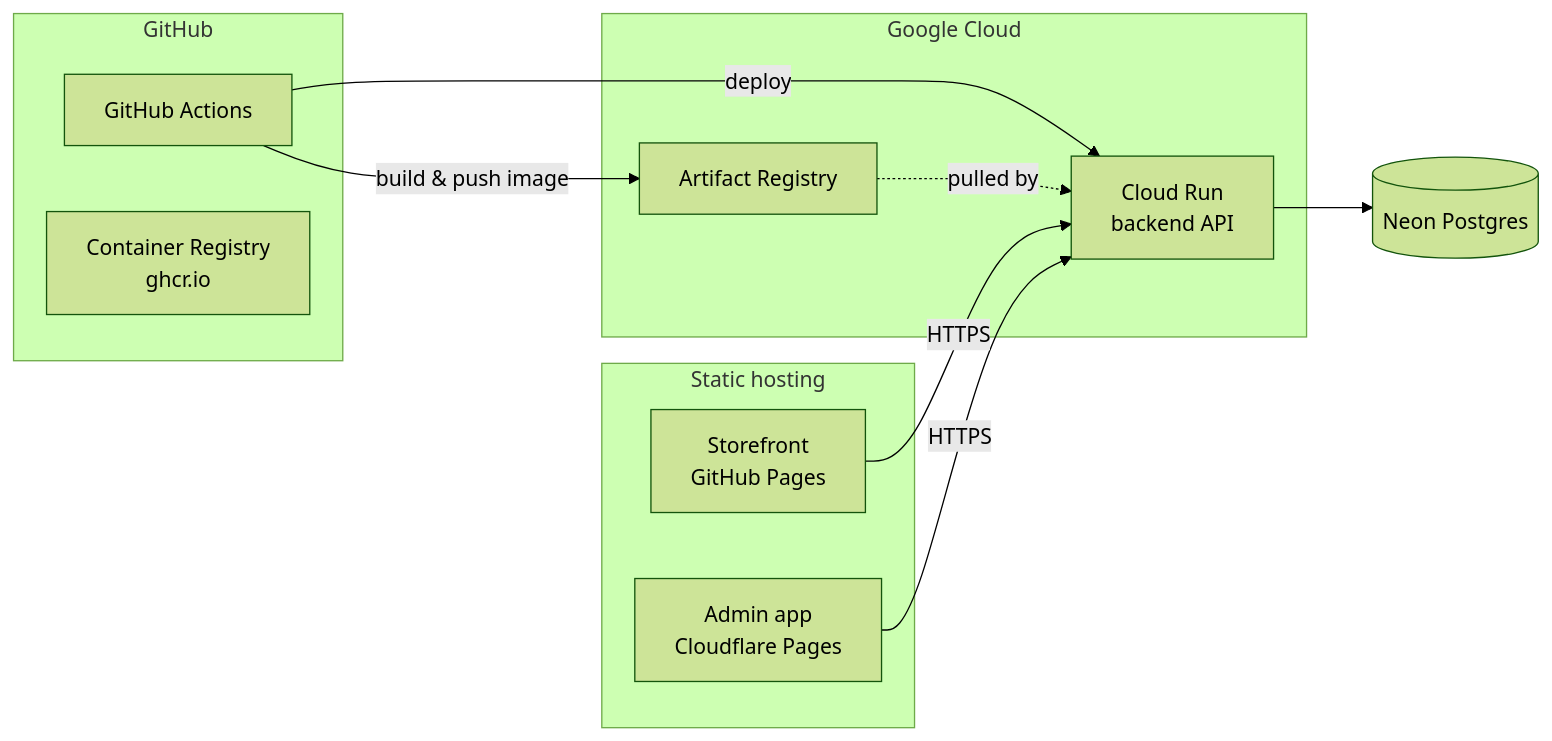
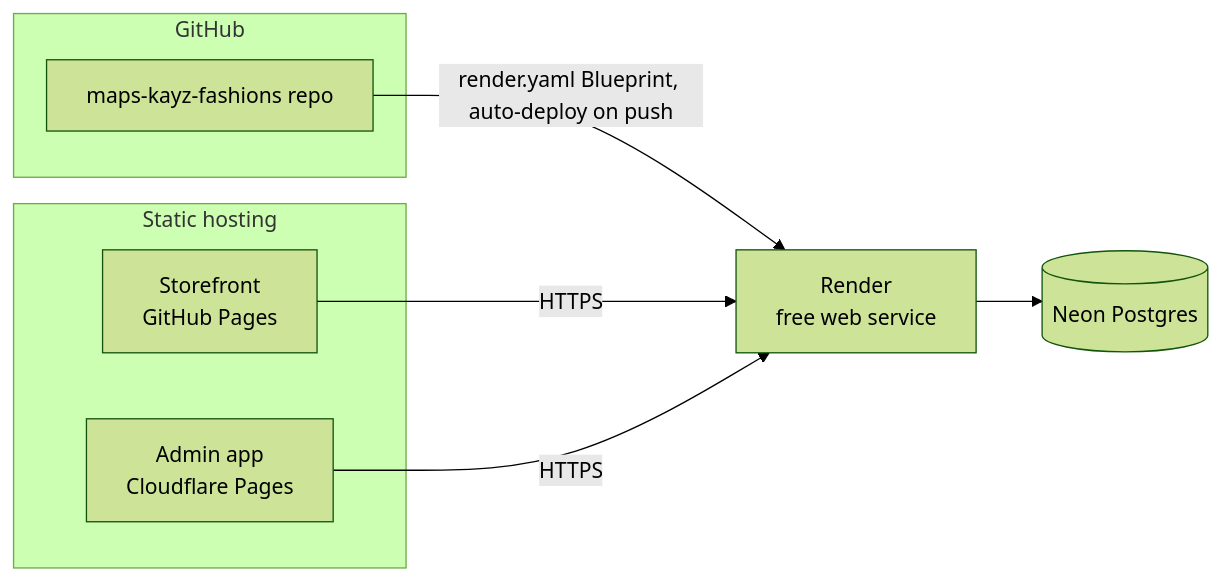
One commit to Tynashe271/maps-kayz-fashions changed the diagram in DEPLOYMENT.md. Above: the diagram before and after it, drawn with Mermaid (forest theme). The commit also changed other lines of this file, not shown here.

First line of the commit message:
Update DEPLOYMENT.md to document the live Render + Neon setup

````diff
--- a/DEPLOYMENT.md
+++ b/DEPLOYMENT.md
@@ -6,22 +9,16 @@
 ```mermaid
 flowchart LR
     subgraph GitHub
-      CI[GitHub Actions]
-      CR[Container Registry\nghcr.io]
+      REPO[maps-kayz-fashions repo]
     end
     subgraph Static hosting
       SF[Storefront\nGitHub Pages]
       AD[Admin app\nCloudflare Pages]
     end
-    subgraph "Google Cloud"
-      RUN[Cloud Run\nbackend API]
-      AR[Artifact Registry]
-    end
+    REND[Render\nfree web service]
     NEON[(Neon Postgres)]
-    CI -- build & push image --> AR
-    CI -- deploy --> RUN
-    AR -. pulled by .-> RUN
-    RUN --> NEON
-    SF -- HTTPS --> RUN
-    AD -- HTTPS --> RUN
+    REPO -- render.yaml Blueprint, auto-deploy on push --> REND
+    REND --> NEON
+    SF -- HTTPS --> REND
+    AD -- HTTPS --> REND
 ```
````
